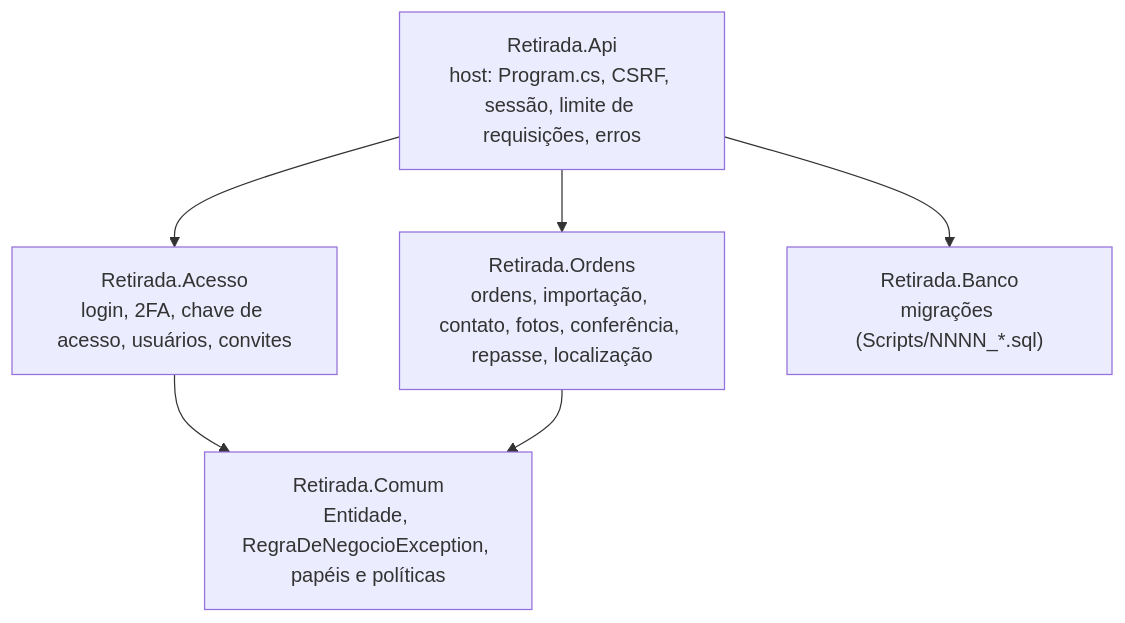
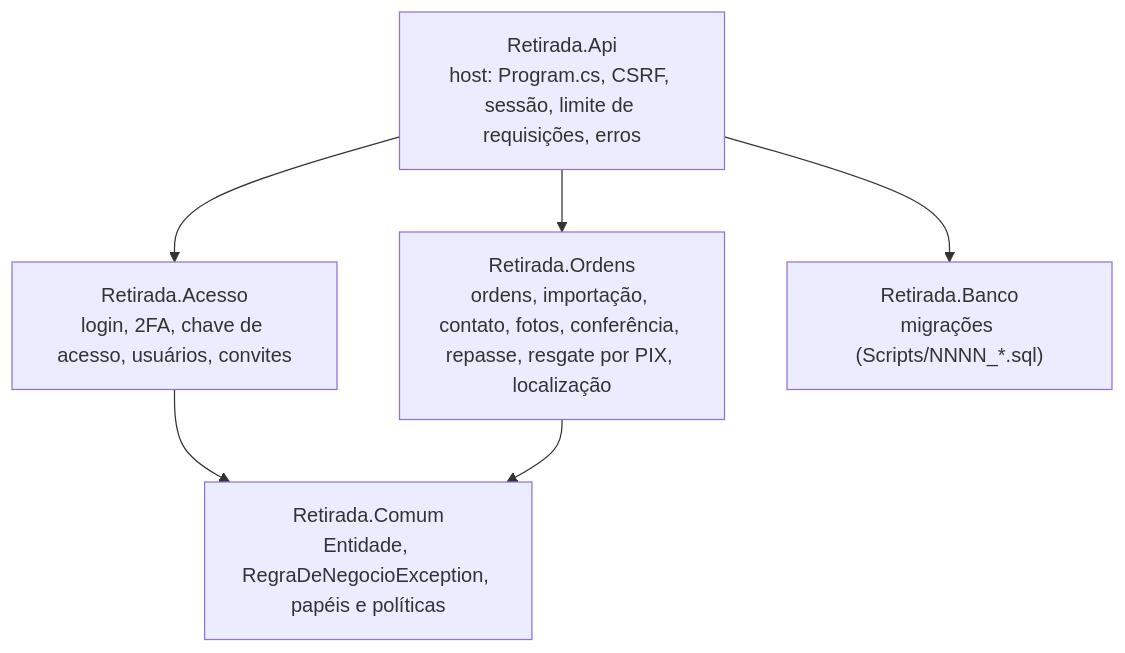
Before and after one commit to Cognix2000/Equipment-pickup-system: the second of 7 diagrams in docs/arquitetura.md, drawn with Mermaid. The commit also changed other lines of this file and 53 other files, not shown here.

First line of the commit message:
feat(repasses): resgate do técnico terceiro por PIX pelo Asaas, com vínculo CLT/terceiro

````diff
--- a/docs/arquitetura.md
+++ b/docs/arquitetura.md
@@ -49,14 +49,14 @@
 ```mermaid
 flowchart TB
     Host["Retirada.Api<br/>host: Program.cs, CSRF, sessão, limite de requisições, erros"]
     Acesso["Retirada.Acesso<br/>login, 2FA, chave de acesso, usuários, convites"]
-    Ordens["Retirada.Ordens<br/>ordens, importação, contato, fotos, conferência, repasse, localização"]
+    Ordens["Retirada.Ordens<br/>ordens, importação, contato, fotos, conferência, repasse, resgate por PIX, localização"]
     Comum["Retirada.Comum<br/>Entidade, RegraDeNegocioException, papéis e políticas"]
     BancoProj["Retirada.Banco<br/>migrações (Scripts/NNNN_*.sql)"]
 
     Host --> Acesso
     Host --> Ordens
     Host --> BancoProj
     Acesso --> Comum
     Ordens --> Comum
 ```
````
